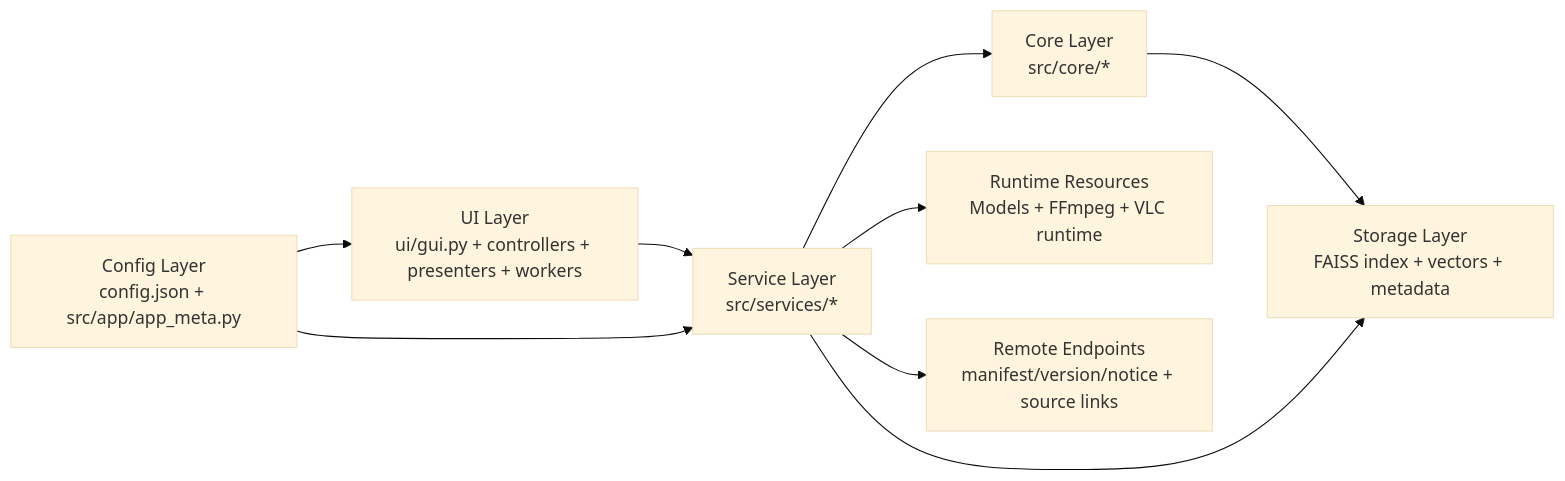
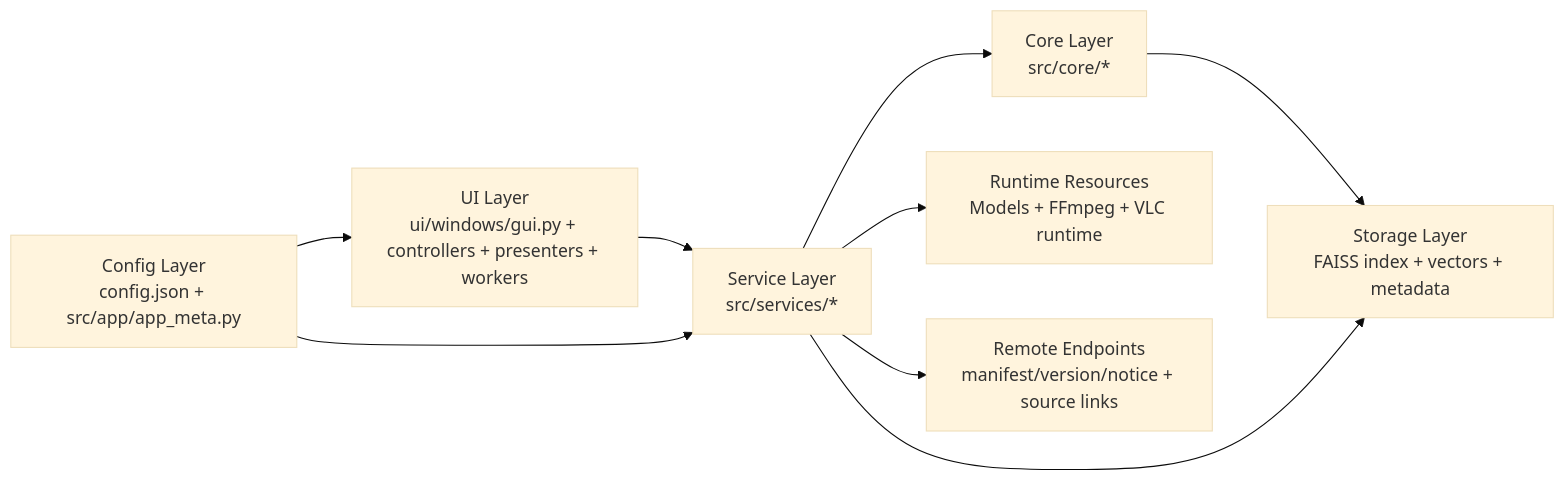
One commit to O-O-O-O-O-O-O-O-O-O-O-O-O-O-O-O/VideoSeek changed the first of 3 diagrams in docs/architecture.md. Above: the diagram before and after it, drawn with Mermaid (base theme). The commit also changed other lines of this file and 51 other files, not shown here.

````diff
--- a/docs/architecture.md
+++ b/docs/architecture.md
@@ -7,11 +7,11 @@
 ```mermaid
 flowchart LR
-    A[UI Layer\nui/gui.py + controllers + presenters + workers] --> B[Service Layer\nsrc/services/*]
+    A[UI Layer\nui/windows/gui.py + controllers + presenters + workers] --> B[Service Layer\nsrc/services/*]
     B --> C[Core Layer\nsrc/core/*]
     C --> D[Storage Layer\nFAISS index + vectors + metadata]
     B --> E[Runtime Resources\nModels + FFmpeg + VLC runtime]
     B --> F[Remote Endpoints\nmanifest/version/notice + source links]
     G[Config Layer\nconfig.json + src/app/app_meta.py] --> A
     G --> B
     B --> D
 ```
````
